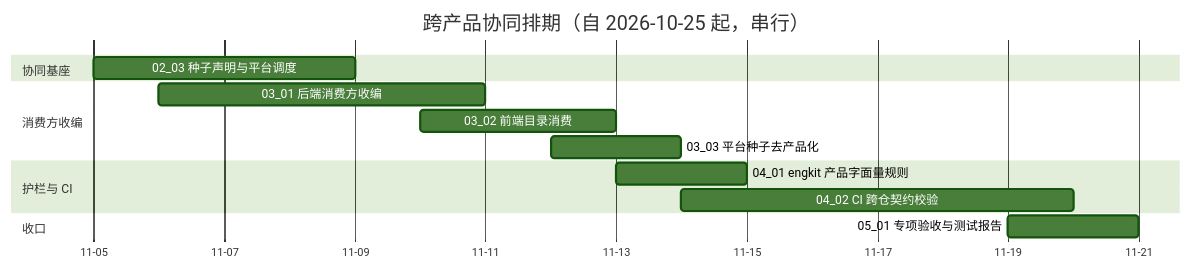
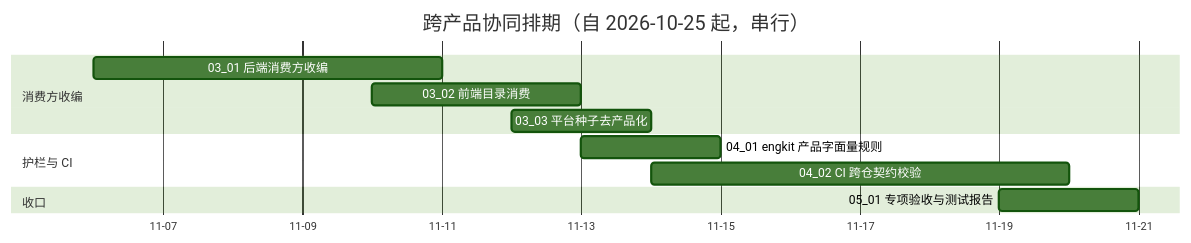
The diagram in bms文档/项目/07B_跨产品协同/计划/01_计划_跨产品协同.md (minjian123/basic-management-system), drawn with Mermaid (forest theme) before and after one commit. The commit also changed other lines of this file and 4 other files, not shown here.

````diff
--- a/bms文档/项目/07B_跨产品协同/计划/01_计划_跨产品协同.md
+++ b/bms文档/项目/07B_跨产品协同/计划/01_计划_跨产品协同.md
@@ -39,17 +39,16 @@
 ```mermaid
 gantt
     title 跨产品协同排期（自 2026-10-25 起，串行）
     dateFormat  YYYY-MM-DD
     axisFormat %m-%d
     section 协同基座
-    02_03 种子声明与平台调度 :a0203, 2026-11-05, 4d
     section 消费方收编
     03_01 后端消费方收编 :a0301, 2026-11-06, 5d
     03_02 前端目录消费 :a0302, 2026-11-10, 3d
     03_03 平台种子去产品化 :a0303, 2026-11-12, 2d
     section 护栏与 CI
     04_01 engkit 产品字面量规则 :a0401, 2026-11-13, 2d
     04_02 CI 跨仓契约校验 :a0402, 2026-11-14, 6d
     section 收口
     05_01 专项验收与测试报告 :a0501, 2026-11-19, 2d
 ```
````
